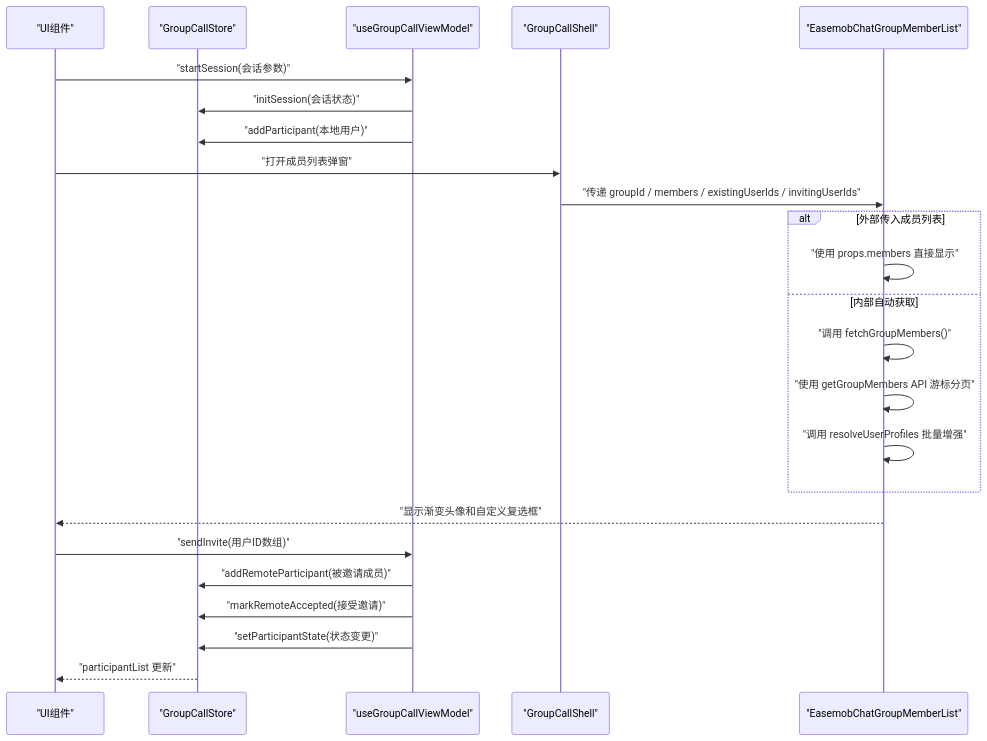
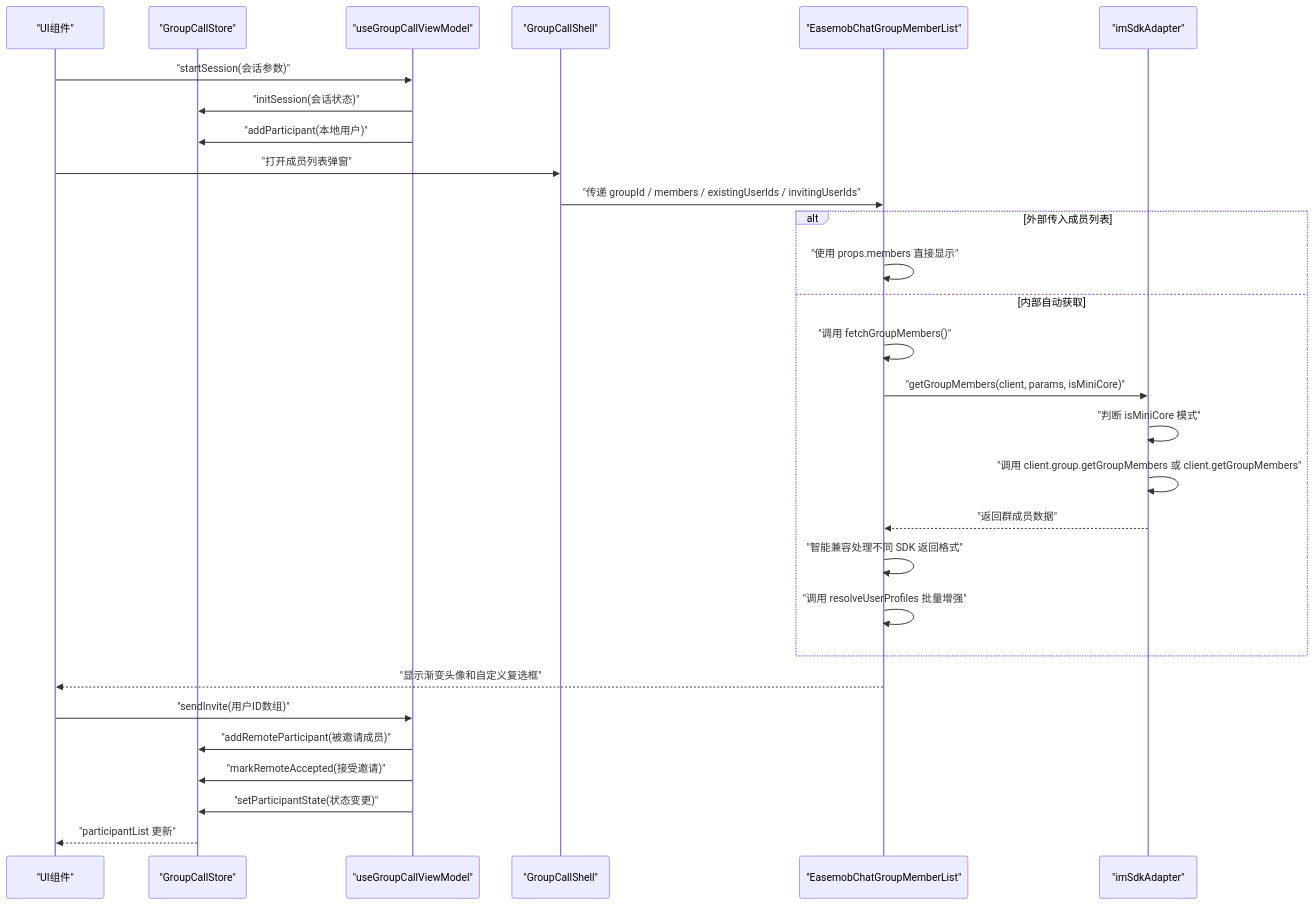
The second of 12 diagrams in .qoder/repowiki/zh/content/核心组件/群组通话组件/群组成员管理.md (Easemob-Community/easemob-uikit-callkit-vue3), drawn with Mermaid before and after one commit. The commit also changed other lines of this file and 58 other files, not shown here.

````diff
--- a/.qoder/repowiki/zh/content/核心组件/群组通话组件/群组成员管理.md
+++ b/.qoder/repowiki/zh/content/核心组件/群组通话组件/群组成员管理.md
@@ -131,26 +161,31 @@
 ```mermaid
 sequenceDiagram
 participant UI as "UI组件"
 participant GCS as "GroupCallStore"
 participant GVM as "useGroupCallViewModel"
 participant GCSH as "GroupCallShell"
 participant ML as "EasemobChatGroupMemberList"
+participant Adapter as "imSdkAdapter"
 UI->>GVM : "startSession(会话参数)"
 GVM->>GCS : "initSession(会话状态)"
 GVM->>GCS : "addParticipant(本地用户)"
 UI->>GCSH : "打开成员列表弹窗"
 GCSH->>ML : "传递 groupId / members / existingUserIds / invitingUserIds"
 alt 外部传入成员列表
 ML->>ML : "使用 props.members 直接显示"
 else 内部自动获取
 ML->>ML : "调用 fetchGroupMembers()"
-ML->>ML : "使用 getGroupMembers API 游标分页"
+ML->>Adapter : "getGroupMembers(client, params, isMiniCore)"
+Adapter->>Adapter : "判断 isMiniCore 模式"
+Adapter->>Adapter : "调用 client.group.getGroupMembers 或 client.getGroupMembers"
+Adapter-->>ML : "返回群成员数据"
+ML->>ML : "智能兼容处理不同 SDK 返回格式"
 ML->>ML : "调用 resolveUserProfiles 批量增强"
 end
 ML-->>UI : "显示渐变头像和自定义复选框"
 UI->>GVM : "sendInvite(用户ID数组)"
 GVM->>GCS : "addRemoteParticipant(被邀请成员)"
 GVM->>GCS : "markRemoteAccepted(接受邀请)"
 GVM->>GCS : "setParticipantState(状态变更)"
 GCS-->>UI : "participantList 更新"
 ```
````
